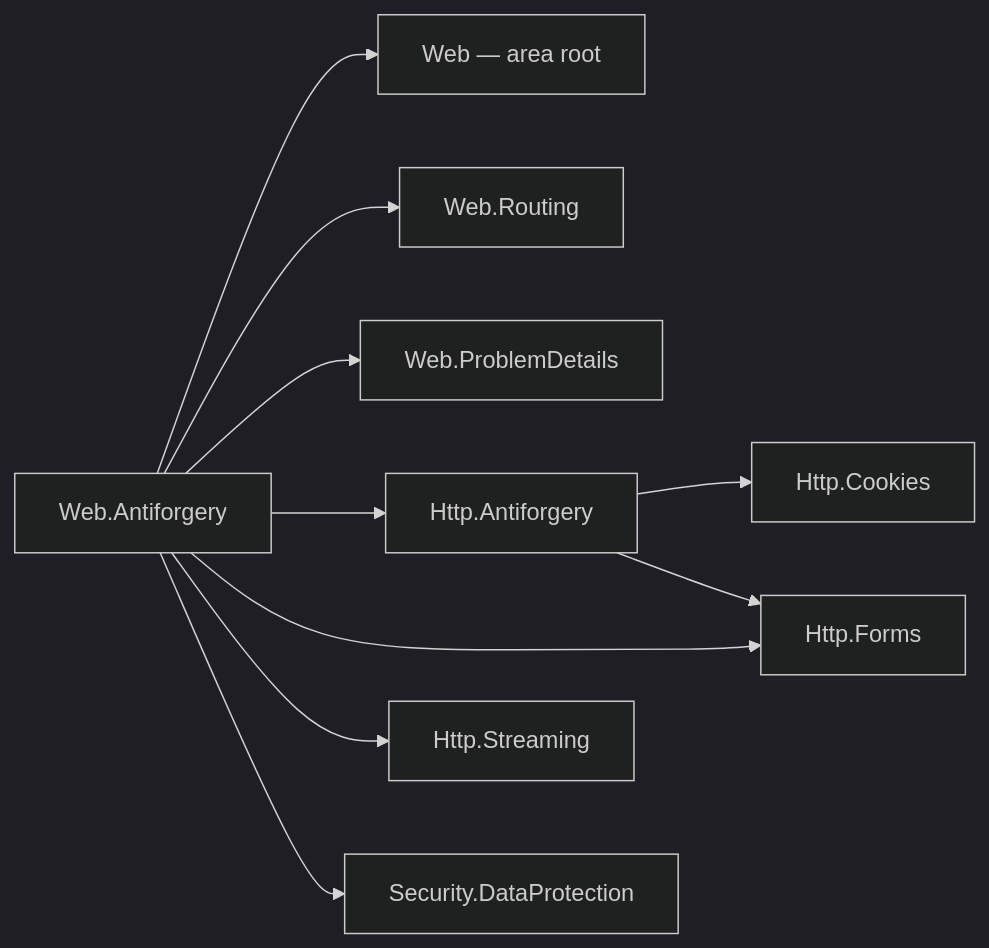
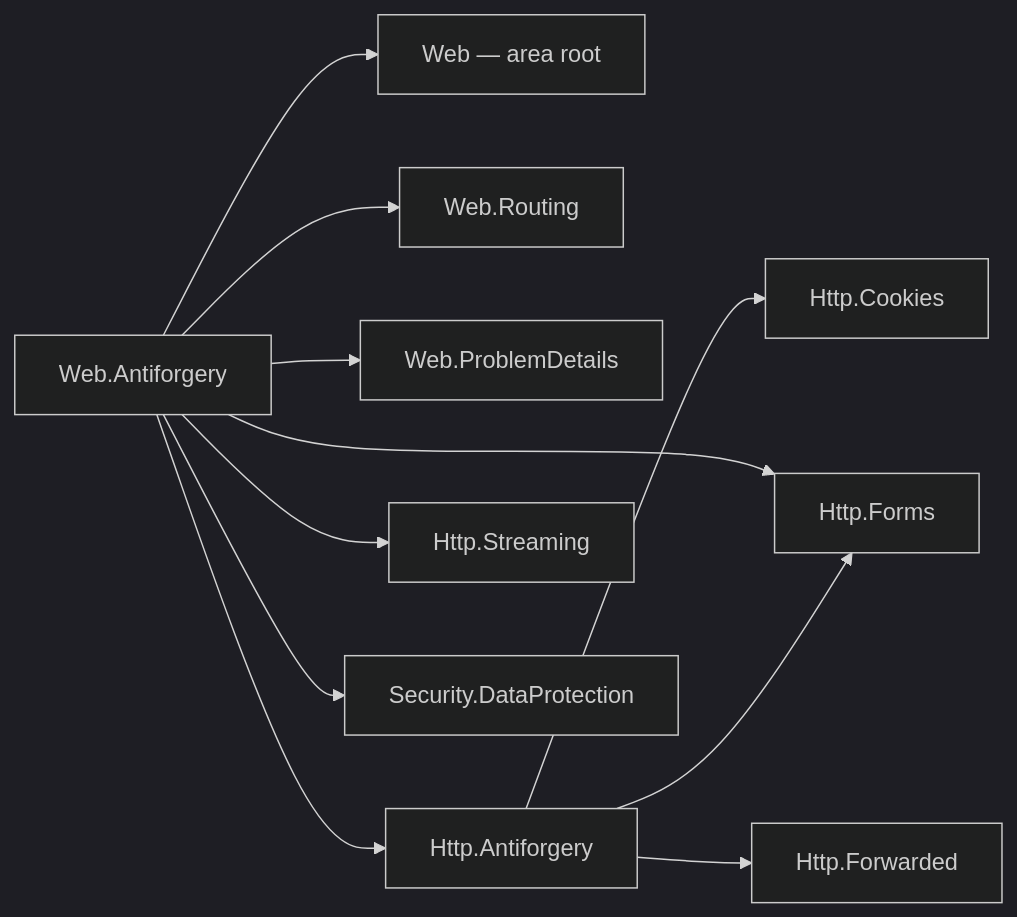
One commit to assimalign/cohesion-docs changed the first of 2 diagrams in docs/dotnet-apis/resources/web/assimalign-cohesion-web-antiforgery/design.md. Above: the diagram before and after it, drawn with Mermaid (dark theme). The commit also changed other lines of this file and 2 other files, not shown here.

````diff
--- a/docs/dotnet-apis/resources/web/assimalign-cohesion-web-antiforgery/design.md
+++ b/docs/dotnet-apis/resources/web/assimalign-cohesion-web-antiforgery/design.md
@@ -51,12 +52,13 @@
 ```mermaid
 flowchart LR
     Antiforgery["Web.Antiforgery"] --> Web["Web — area root"]
     Antiforgery --> Routing["Web.Routing"]
     Antiforgery --> Problem["Web.ProblemDetails"]
     Antiforgery --> Engine["Http.Antiforgery"]
     Antiforgery --> Forms["Http.Forms"]
     Antiforgery --> Streaming["Http.Streaming"]
     Antiforgery --> Protection["Security.DataProtection"]
     Engine --> Cookies["Http.Cookies"]
     Engine --> Forms
+    Engine --> Forwarded["Http.Forwarded"]
 ```
````
